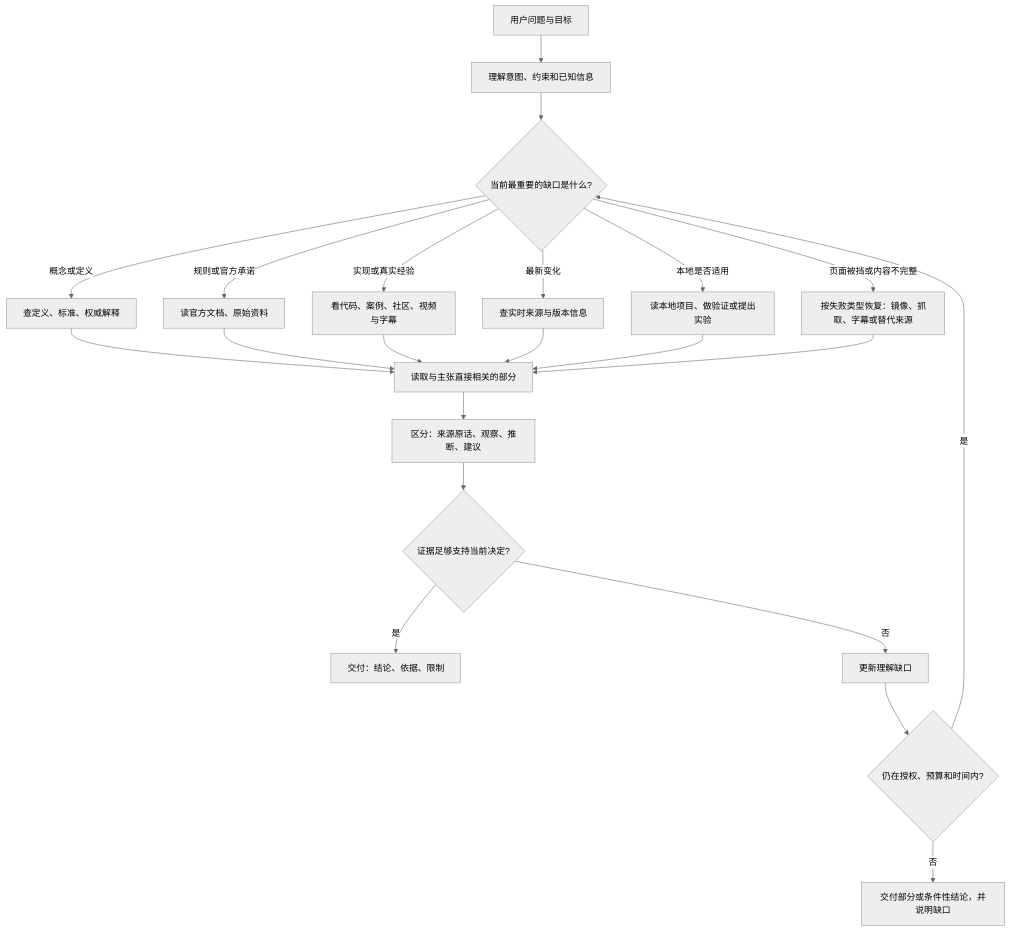
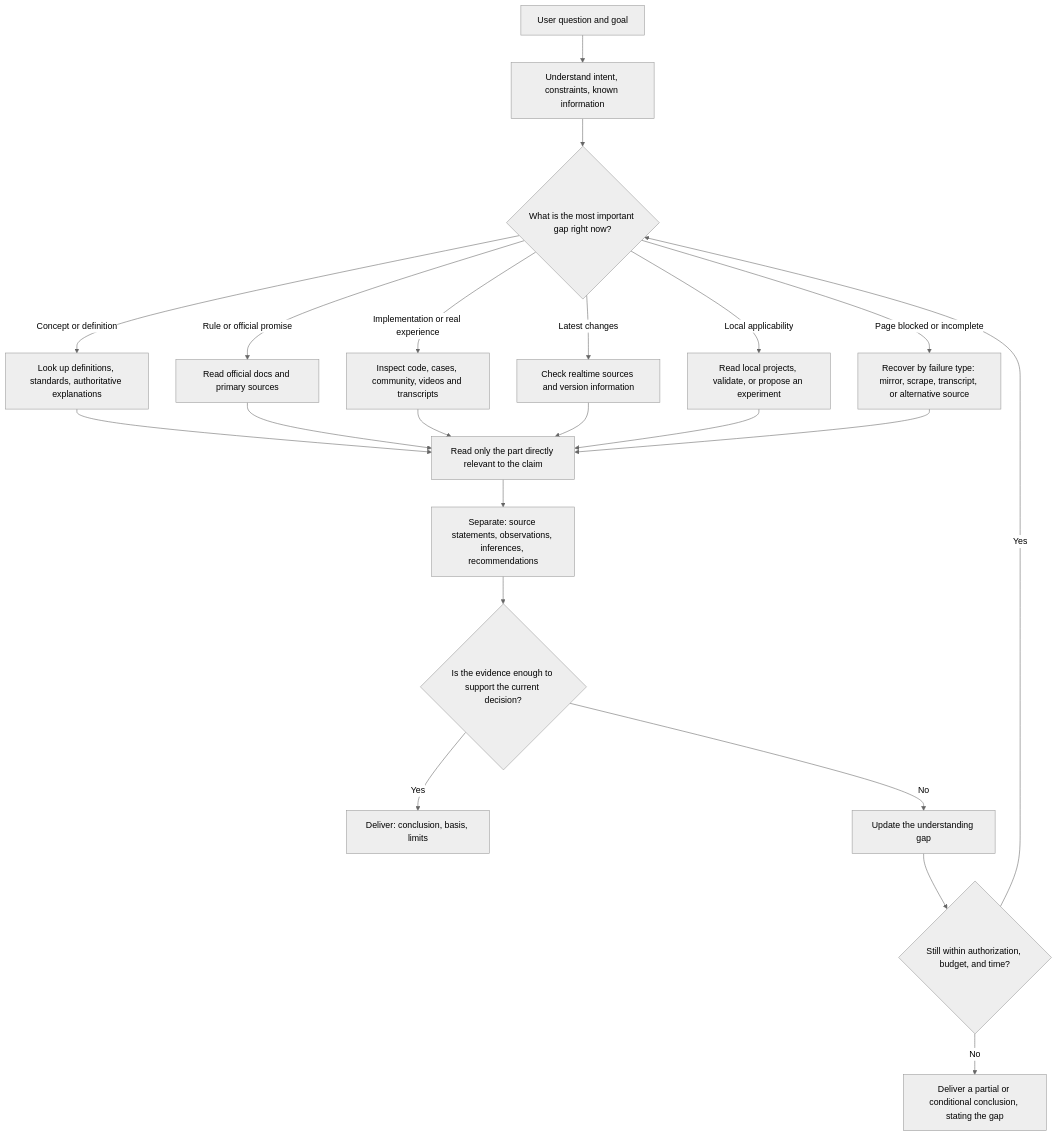
One commit to mfang0126/research-pro changed the diagram in skills/research-pro/README.md. Above: the diagram before and after it, drawn with Mermaid (neutral theme). The commit also changed other lines of this file and 47 other files, not shown here.

````diff
--- a/skills/research-pro/README.md
+++ b/skills/research-pro/README.md
@@ -30,27 +32,27 @@
 ```mermaid
 flowchart TD
-    A[用户问题与目标] --> B[理解意图、约束和已知信息]
-    B --> C{当前最重要的缺口是什么?}
+    A[User question and goal] --> B[Understand intent, constraints, known information]
+    B --> C{What is the most important gap right now?}
 
-    C -->|概念或定义| D[查定义、标准、权威解释]
-    C -->|规则或官方承诺| E[读官方文档、原始资料]
-    C -->|实现或真实经验| F[看代码、案例、社区、视频与字幕]
-    C -->|最新变化| G[查实时来源与版本信息]
-    C -->|本地是否适用| H[读本地项目、做验证或提出实验]
-    C -->|页面被挡或内容不完整| I[按失败类型恢复：镜像、抓取、字幕或替代来源]
+    C -->|Concept or definition| D[Look up definitions, standards, authoritative explanations]
+    C -->|Rule or official promise| E[Read official docs and primary sources]
+    C -->|Implementation or real experience| F[Inspect code, cases, community, videos and transcripts]
+    C -->|Latest changes| G[Check realtime sources and version information]
+    C -->|Local applicability| H[Read local projects, validate, or propose an experiment]
+    C -->|Page blocked or incomplete| I[Recover by failure type: mirror, scrape, transcript, or alternative source]
 
-    D --> J[读取与主张直接相关的部分]
+    D --> J[Read only the part directly relevant to the claim]
     E --> J
     F --> J
     G --> J
     H --> J
     I --> J
 
-    J --> K[区分：来源原话、观察、推断、建议]
-    K --> L{证据足够支持当前决定?}
-    L -->|是| M[交付：结论、依据、限制]
-    L -->|否| N[更新理解缺口]
-    N --> O{仍在授权、预算和时间内?}
-    O -->|是| C
-    O -->|否| P[交付部分或条件性结论，并说明缺口]
+    J --> K[Separate: source statements, observations, inferences, recommendations]
+    K --> L{Is the evidence enough to support the current decision?}
+    L -->|Yes| M[Deliver: conclusion, basis, limits]
+    L -->|No| N[Update the understanding gap]
+    N --> O{Still within authorization, budget, and time?}
+    O -->|Yes| C
+    O -->|No| P[Deliver a partial or conditional conclusion, stating the gap]
 ```
````
